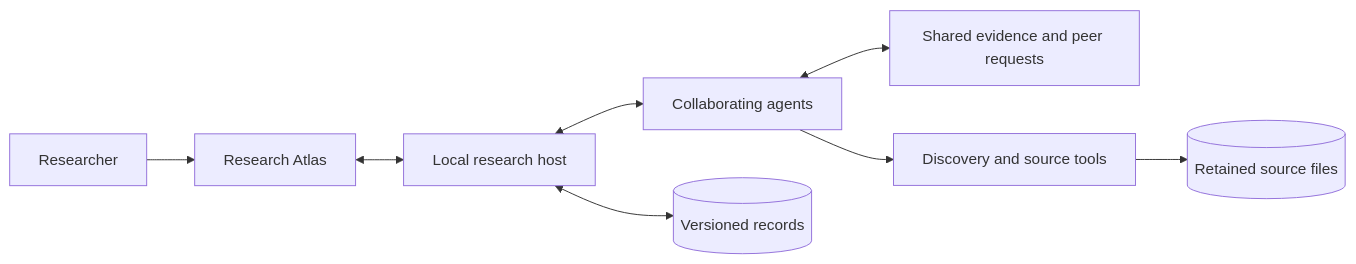
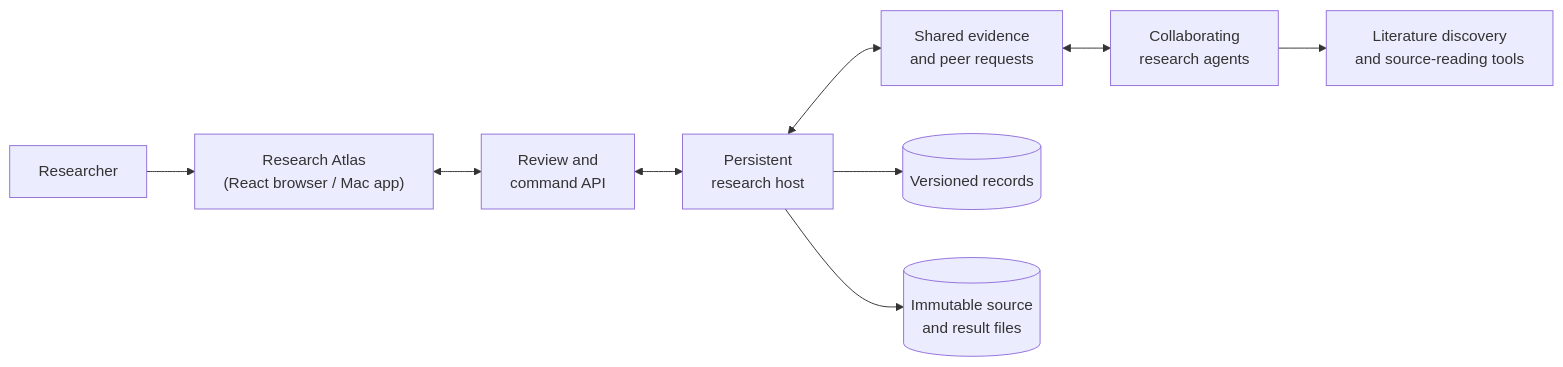
The diagram in README.md (anupsharma555/opensource-research-agents), drawn with Mermaid before and after one commit. The commit also changed other lines of this file, not shown here.

Commit message:
Clarify persistent research and the Research Atlas architecture

````diff
--- a/README.md
+++ b/README.md
@@ -119,10 +119,11 @@
 ```mermaid
 flowchart LR
-  Researcher --> Atlas[Research Atlas]
-  Atlas <--> Host[Local research host]
-  Host <--> Peers[Collaborating agents]
-  Peers <--> Board[Shared evidence and peer requests]
-  Peers --> Tools[Discovery and source tools]
-  Host <--> State[(Versioned records)]
-  Tools --> Evidence[(Retained source files)]
+  Researcher --> Atlas["Research Atlas<br/>(React browser / Mac app)"]
+  Atlas <--> API["Review and<br/>command API"]
+  API <--> Host["Persistent<br/>research host"]
+  Host <--> Board["Shared evidence<br/>and peer requests"]
+  Board <--> Peers["Collaborating<br/>research agents"]
+  Peers --> Tools["Literature discovery<br/>and source-reading tools"]
+  Host --> State[(Versioned records)]
+  Host --> Evidence[(Immutable source<br/>and result files)]
 ```
````
